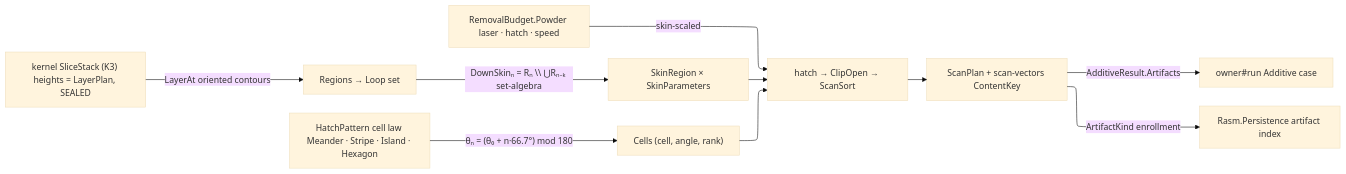
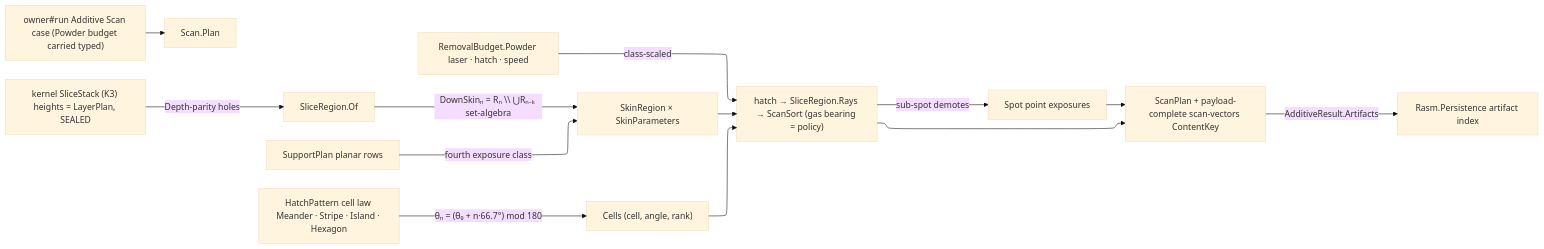
Before and after one commit to bsamiee/Rasm: the diagram in libs/csharp/Rasm.Fabrication/.planning/Additive/scanpath.md, drawn with Mermaid. The commit also changed other lines of this file and 79 other files, not shown here.

````diff
--- a/libs/csharp/Rasm.Fabrication/.planning/Additive/scanpath.md
+++ b/libs/csharp/Rasm.Fabrication/.planning/Additive/scanpath.md
@@ -347,17 +413,20 @@
 ```mermaid
 ---
 config:
   layout: elk
   theme: base
 ---
 flowchart LR
-    Stack["kernel SliceStack (K3) heights = LayerPlan, SEALED"] -->|LayerAt oriented contours| Regions["Regions → Loop set"]
-    Regions -->|"DownSkinₙ = Rₙ \\ ⋃Rₙ₋ₖ set-algebra"| Skins["SkinRegion × SkinParameters"]
+    Owner["owner#run Additive Scan case (Powder budget carried typed)"] --> PlanNode["Scan.Plan"]
+    Stack["kernel SliceStack (K3) heights = LayerPlan, SEALED"] -->|Depth-parity holes| Region["SliceRegion.Of"]
+    Region -->|"DownSkinₙ = Rₙ \\ ⋃Rₙ₋ₖ set-algebra"| Skins["SkinRegion × SkinParameters"]
+    SupportP["SupportPlan planar rows"] -->|fourth exposure class| Skins
     Pattern["HatchPattern cell law Meander · Stripe · Island · Hexagon"] -->|"θₙ = (θ₀ + n·66.7°) mod 180"| Cells["Cells (cell, angle, rank)"]
-    Skins --> Hatch["hatch → ClipOpen → ScanSort"]
+    Skins --> Hatch["hatch → SliceRegion.Rays → ScanSort (gas bearing = policy)"]
     Cells --> Hatch
-    Budget["RemovalBudget.Powder laser · hatch · speed"] -->|skin-scaled| Hatch
-    Hatch --> PlanNode["ScanPlan + scan-vectors ContentKey"]
-    PlanNode -->|AdditiveResult.Artifacts| Owner["owner#run Additive case"]
-    PlanNode -->|ArtifactKind enrollment| Persist["Rasm.Persistence artifact index"]
+    Hatch -->|"sub-spot demotes"| Spot["Spot point exposures"]
+    Budget["RemovalBudget.Powder laser · hatch · speed"] -->|class-scaled| Hatch
+    Hatch --> Receipt["ScanPlan + payload-complete scan-vectors ContentKey"]
+    Spot --> Receipt
+    Receipt -->|AdditiveResult.Artifacts| Persist["Rasm.Persistence artifact index"]
 ```
````
